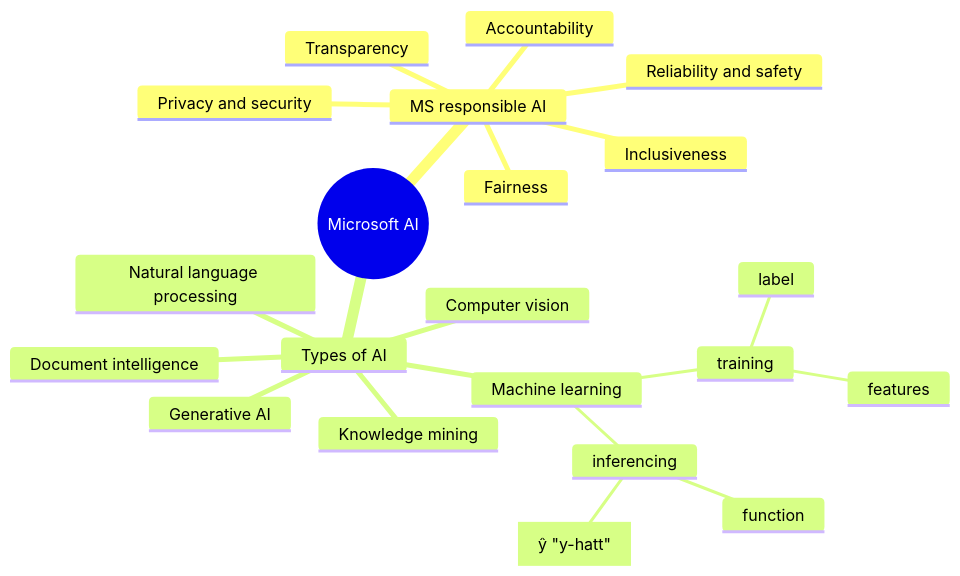
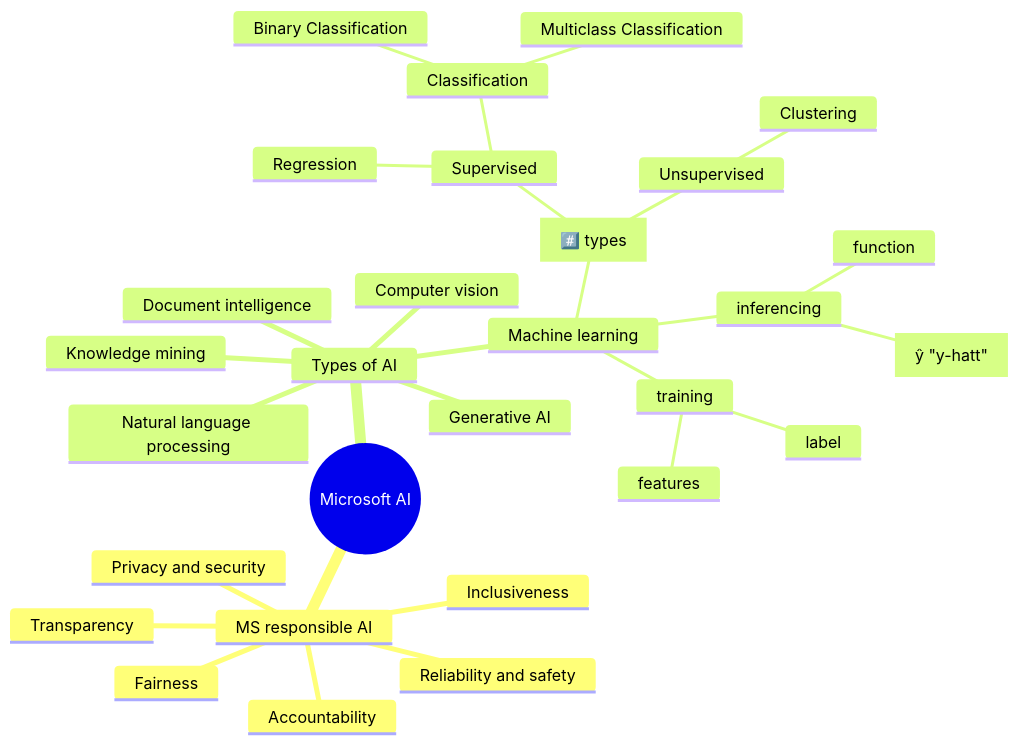
One commit to gitstua/Mindmaps changed the diagram in azure-ai-fundamentals.md. Above: the diagram before and after it, drawn with Mermaid.

````diff
--- a/azure-ai-fundamentals.md
+++ b/azure-ai-fundamentals.md
@@ -5,25 +5,33 @@
 ```mermaid
 mindmap
   root((Microsoft AI))
     MS responsible AI
       Fairness
       Reliability and safety
       Privacy and security
       Inclusiveness
       Transparency
       Accountability  
     Types of AI
       Machine learning
+        [#️⃣ types]
+          Supervised
+            Regression
+            Classification
+              Binary Classification
+              Multiclass Classification
+          Unsupervised
+            Clustering
         training
           features
           label
         inferencing
           function
           [ŷ "y-hatt"]
       Computer vision
       Natural language processing
       Document intelligence
       Knowledge mining
       Generative AI
       
 ```
````
